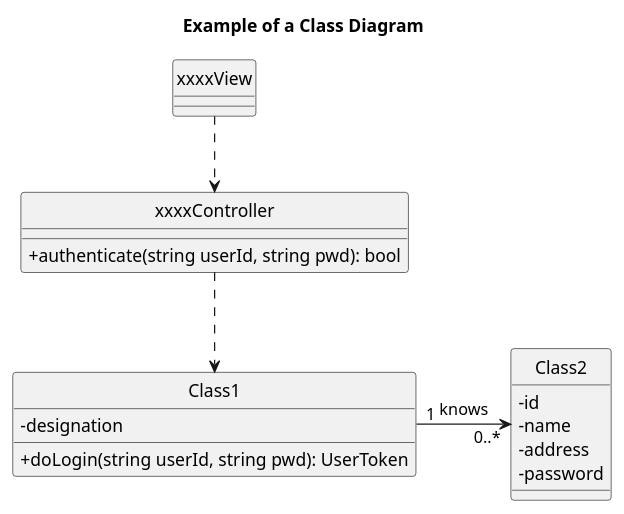
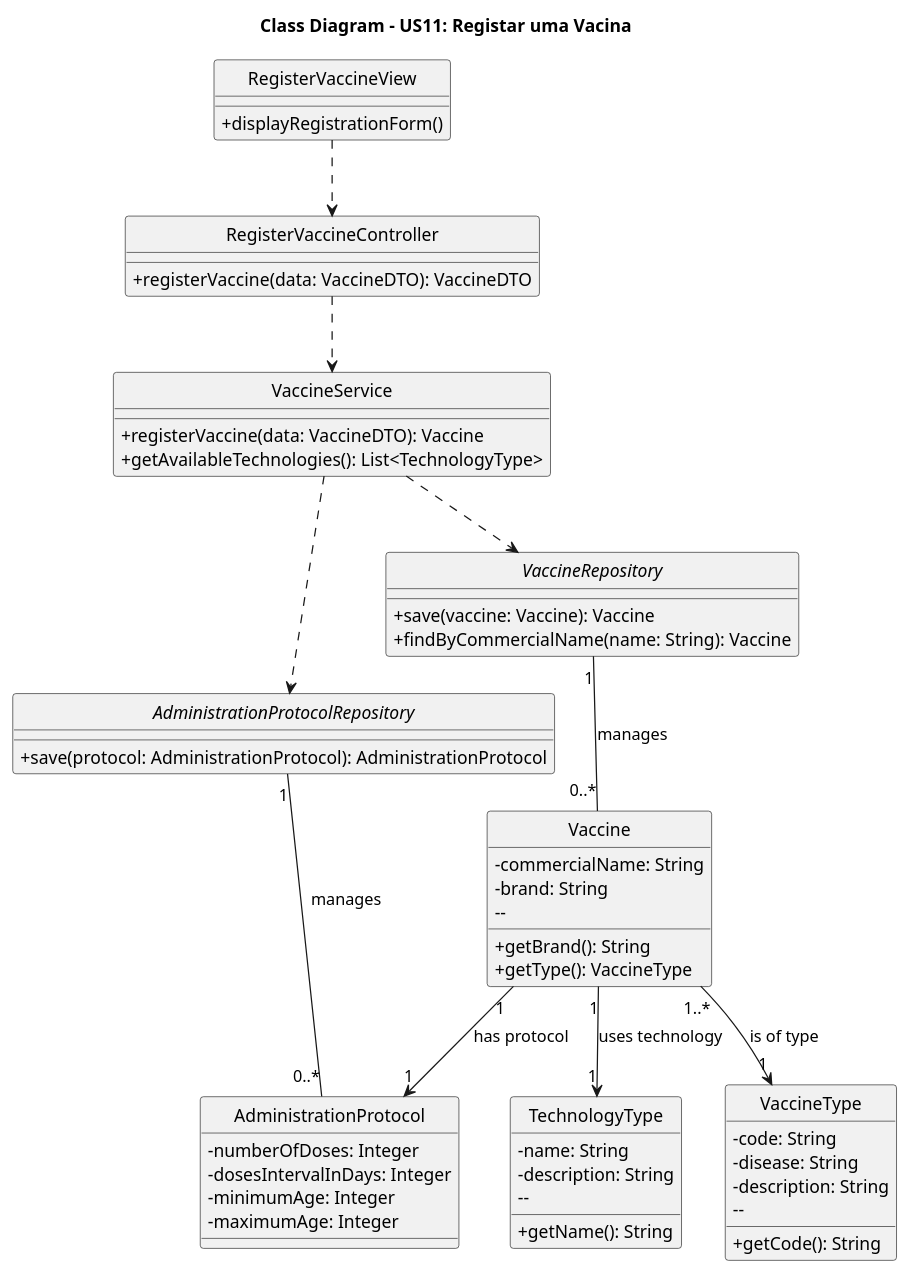
Before and after one commit to goncalomaia18/leti-esoft-25-26-C3: the diagram in docs/system-documentation/US11/puml/US11-CD.puml, drawn with PlantUML. The commit also changed 6 other files, not shown here.

Commit message:
Atualizações nos diagramas e documentação do US11

```diff
--- a/docs/system-documentation/US11/puml/US11-CD.puml
+++ b/docs/system-documentation/US11/puml/US11-CD.puml
@@ -1,35 +1,88 @@
 @startuml
 'https://plantuml.com/class-diagram
 
 hide circle
 skinparam classAttributeIconSize 0
 
-title Example of a Class Diagram
+title Class Diagram - US11: Registar uma Vacina
 
-class xxxxView {
-
+class RegisterVaccineView {
+    + displayRegistrationForm()
 }
 
-class xxxxController {
-    +authenticate(string userId, string pwd): bool
+
+class RegisterVaccineController {
+    + registerVaccine(data: VaccineDTO): VaccineDTO
 }
 
-class Class1 {
-    -designation
-    +doLogin(string userId, string pwd): UserToken
+
+class VaccineService {
+    + registerVaccine(data: VaccineDTO): Vaccine
+    + getAvailableTechnologies(): List<TechnologyType>
 }
 
-class Class2 {
-    -id
-    -name
-    -address
-    -password
+
+interface VaccineRepository {
+    + save(vaccine: Vaccine): Vaccine
+    + findByCommercialName(name: String): Vaccine
 }
 
-xxxxView ..> xxxxController
+interface AdministrationProtocolRepository {
+    + save(protocol: AdministrationProtocol): AdministrationProtocol
+}
 
-xxxxController ..> Class1
 
-Class1 "1" -> "0..*" Class2: knows
+
+class Vaccine {
+
+    - commercialName: String
+    - brand: String
+    --
+    + getBrand(): String
+    + getType(): VaccineType
+}
+
+class VaccineType {
+
+    - code: String
+    - disease: String
+    - description: String
+    --
+    + getCode(): String
+}
+
+class AdministrationProtocol {
+
+    - numberOfDoses: Integer
+    - dosesIntervalInDays: Integer
+    - minimumAge: Integer
+    - maximumAge: Integer
+}
+
+class TechnologyType {
+
+    - name: String
+    - description: String
+    --
+    + getName(): String
+}
+
+
+RegisterVaccineView ..> RegisterVaccineController
+RegisterVaccineController ..> VaccineService
+VaccineService ..> VaccineRepository
+VaccineService ..> AdministrationProtocolRepository
+
+
+
+Vaccine "1..*" --> "1" VaccineType : "is of type"
+Vaccine "1" --> "1" AdministrationProtocol : "has protocol"
+
+
+Vaccine "1" --> "1" TechnologyType : "uses technology"
+
+
+VaccineRepository "1" -- "0..*" Vaccine : "manages"
+AdministrationProtocolRepository "1" -- "0..*" AdministrationProtocol : "manages"
 
 @enduml
```
